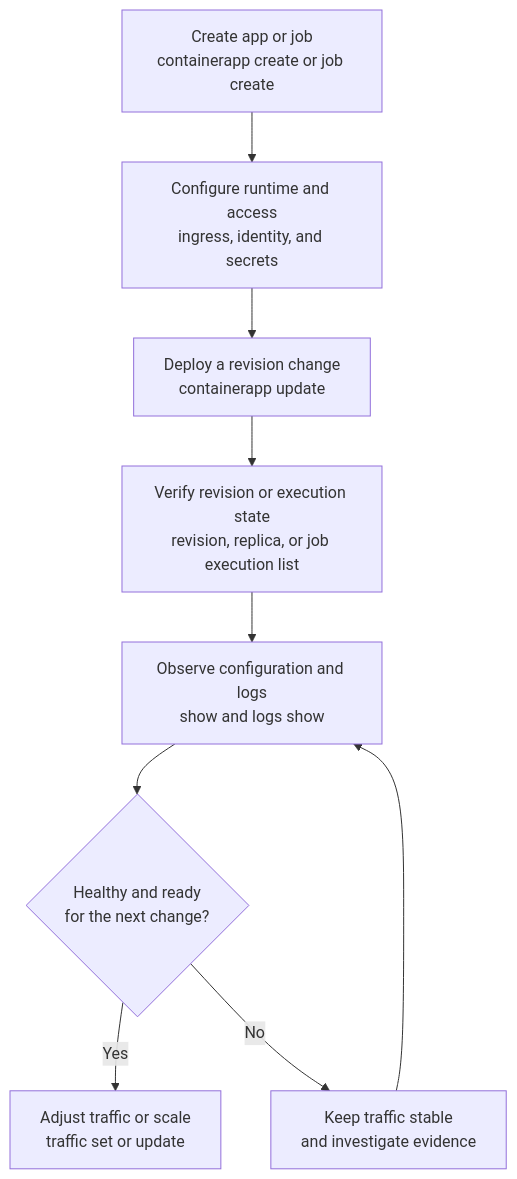
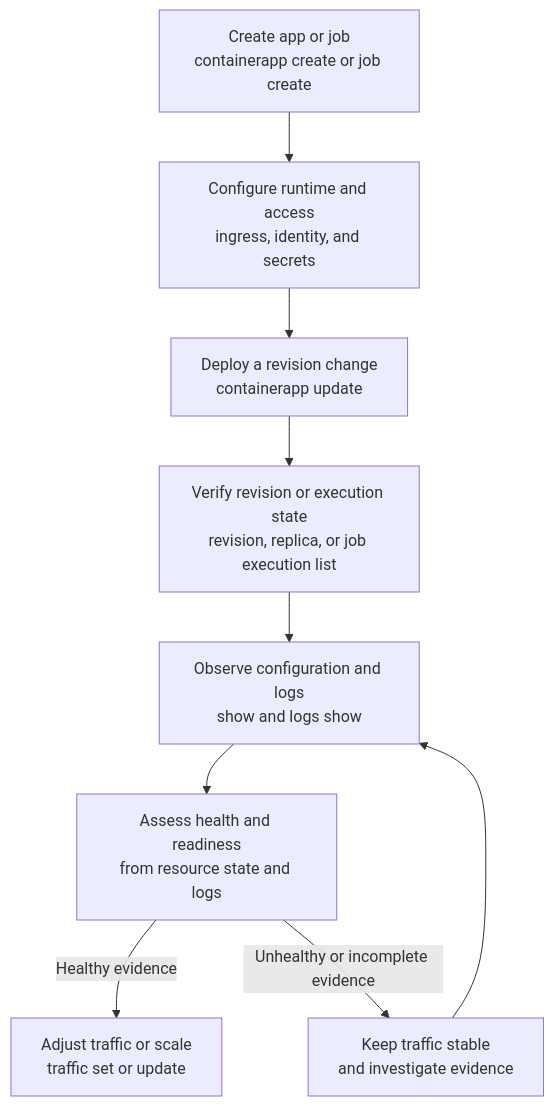
One commit to yeongseon/azure-container-apps-practical-guide changed the diagram in docs/reference/cli-reference.md. Above: the diagram before and after it, drawn with Mermaid. The commit also changed other lines of this file and 7 other files, not shown here.

````diff
--- a/docs/reference/cli-reference.md
+++ b/docs/reference/cli-reference.md
@@ -37,23 +39,23 @@
 ```mermaid
 flowchart TD
     accTitle: Container Apps CLI lifecycle workflow
     accDescr: Create an app or job, configure access and runtime settings, deploy a change, verify the resulting resource state, observe health, and then adjust traffic or scaling when evidence supports a change.
 
     CREATE[Create app or job<br/>containerapp create or job create]
     CONFIGURE[Configure runtime and access<br/>ingress, identity, and secrets]
     DEPLOY[Deploy a revision change<br/>containerapp update]
     VERIFY[Verify revision or execution state<br/>revision, replica, or job execution list]
     OBSERVE[Observe configuration and logs<br/>show and logs show]
-    DECIDE{Healthy and ready<br/>for the next change?}
+    DECIDE[Assess health and readiness<br/>from resource state and logs]
     OPERATE[Adjust traffic or scale<br/>traffic set or update]
     INVESTIGATE[Keep traffic stable<br/>and investigate evidence]
 
     CREATE --> CONFIGURE
     CONFIGURE --> DEPLOY
     DEPLOY --> VERIFY
     VERIFY --> OBSERVE
     OBSERVE --> DECIDE
-    DECIDE -->|Yes| OPERATE
-    DECIDE -->|No| INVESTIGATE
+    DECIDE -->|Healthy evidence| OPERATE
+    DECIDE -->|Unhealthy or incomplete evidence| INVESTIGATE
     INVESTIGATE --> OBSERVE
 ```
````
